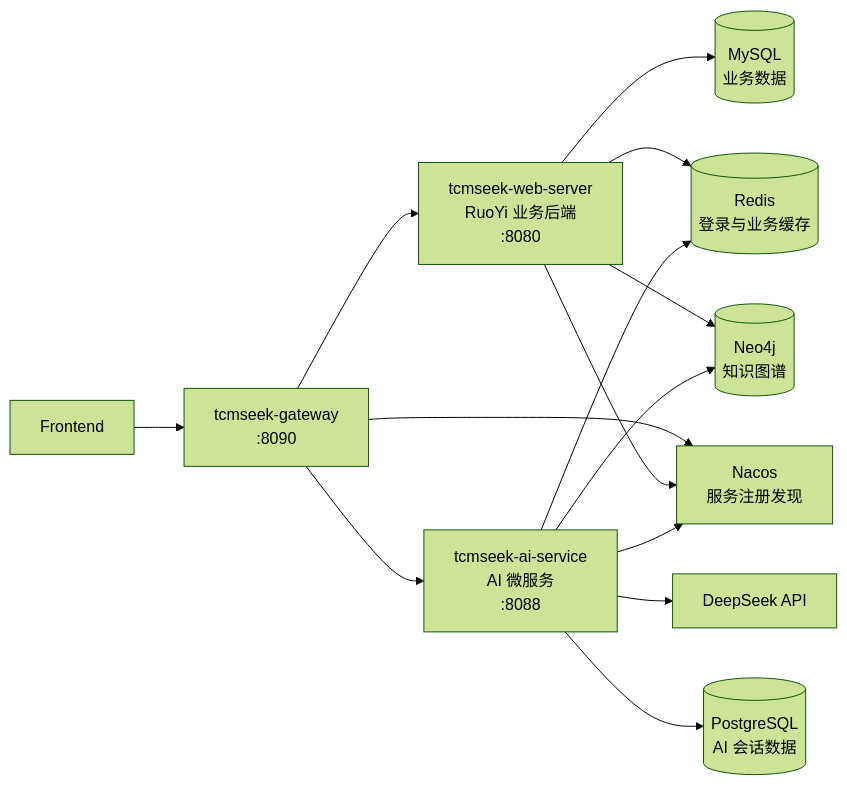
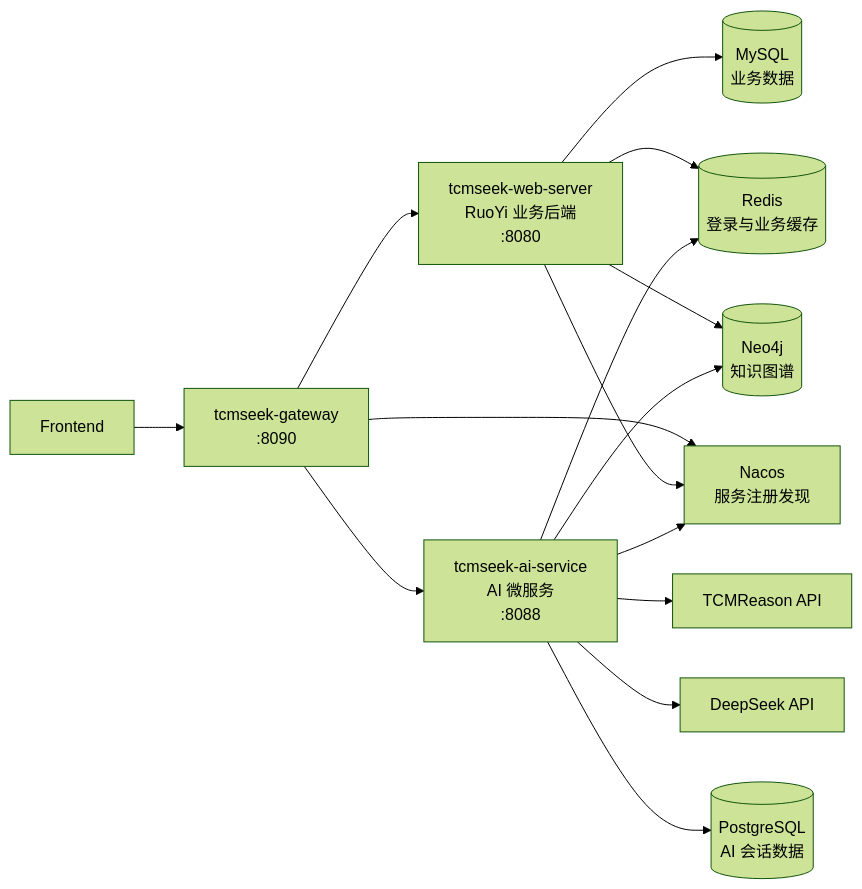
Before and after one commit to Able034/TCMSeek-Backend: the diagram in README.zh-CN.md, drawn with Mermaid (forest theme). The commit also changed other lines of this file and 11 other files, not shown here.

````diff
--- a/README.zh-CN.md
+++ b/README.zh-CN.md
@@ -34,20 +35,21 @@
 ```mermaid
 flowchart LR
   Frontend["Frontend"] --> Gateway["tcmseek-gateway<br/>:8090"]
 
   Gateway --> Web["tcmseek-web-server<br/>RuoYi 业务后端<br/>:8080"]
   Gateway --> AI["tcmseek-ai-service<br/>AI 微服务<br/>:8088"]
 
   Web --> MySQL[("MySQL<br/>业务数据")]
   Web --> Redis[("Redis<br/>登录与业务缓存")]
   Web --> Neo4j[("Neo4j<br/>知识图谱")]
 
+  AI --> TCMReason["TCMReason API"]
   AI --> DeepSeek["DeepSeek API"]
   AI --> Neo4j
   AI --> PG[("PostgreSQL<br/>AI 会话数据")]
   AI --> Redis
 
   Gateway --> Nacos["Nacos<br/>服务注册发现"]
   Web --> Nacos
   AI --> Nacos
 ```
````
